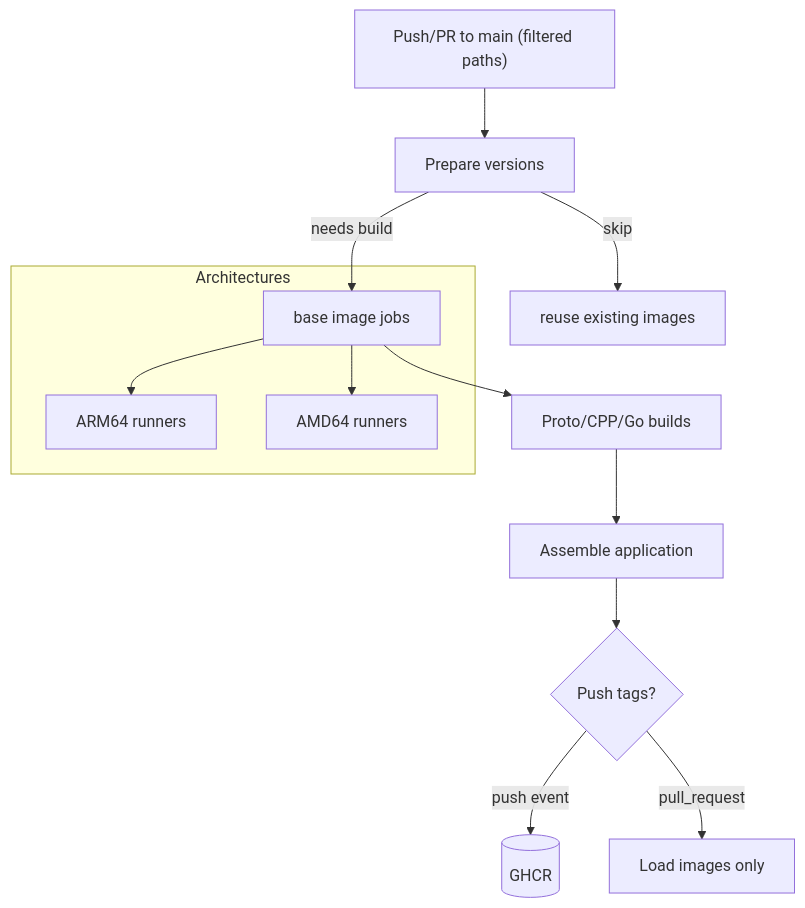
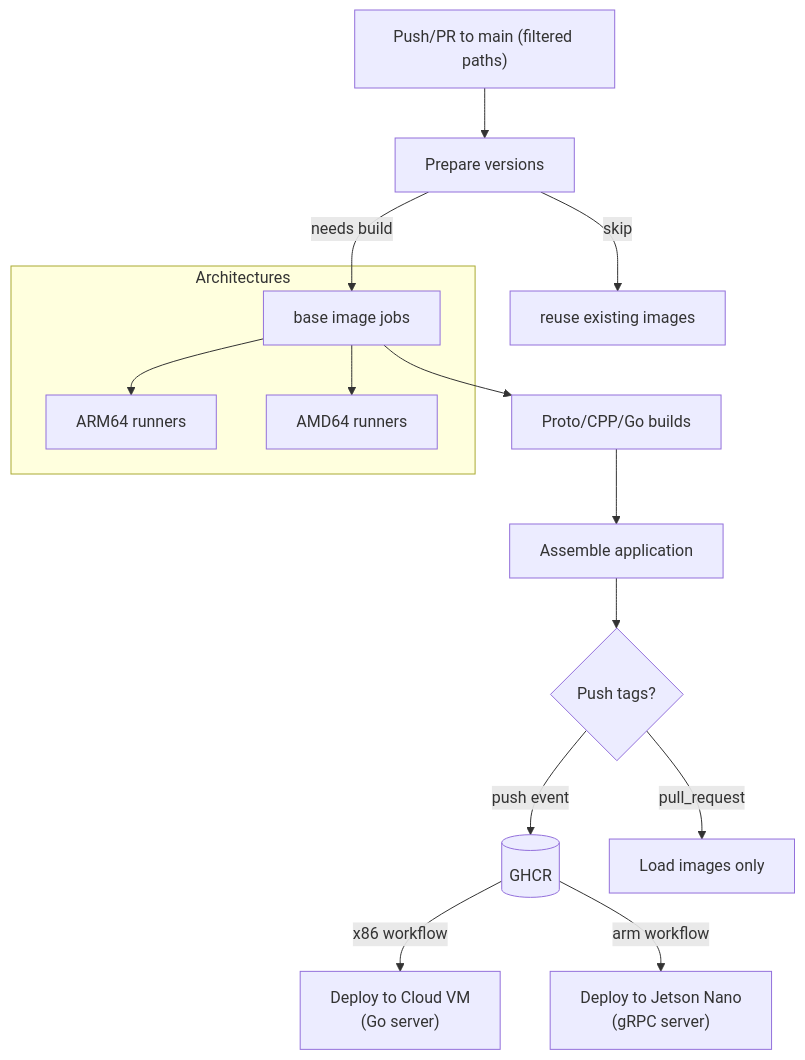
The diagram in docs/ci-workflows.md (josnelihurt/learning-cuda), drawn with Mermaid before and after one commit. The commit also changed other lines of this file and 239 other files, not shown here.

````diff
--- a/docs/ci-workflows.md
+++ b/docs/ci-workflows.md
@@ -28,16 +28,19 @@
 ```mermaid
 flowchart TB
     Trigger["Push/PR to main (filtered paths)"] --> Prepare["Prepare versions"]
     Prepare -->|needs build| Base[base image jobs]
     Prepare -->|skip| CacheHit[reuse existing images]
     Base --> Intermediate["Proto/CPP/Go builds"]
     Intermediate --> App["Assemble application"]
     App --> Publish{"Push tags?"}
     Publish -->|push event| GHCR[(GHCR)]
     Publish -->|pull_request| LocalRegistry["Load images only"]
+    
+    GHCR -->|x86 workflow| DeployCloudVM["Deploy to Cloud VM<br/>(Go server)"]
+    GHCR -->|arm workflow| DeployJetson["Deploy to Jetson Nano<br/>(gRPC server)"]
 
     subgraph Architectures
         Base --> ARM64["ARM64 runners"]
         Base --> AMD64["AMD64 runners"]
     end
 ```
````
